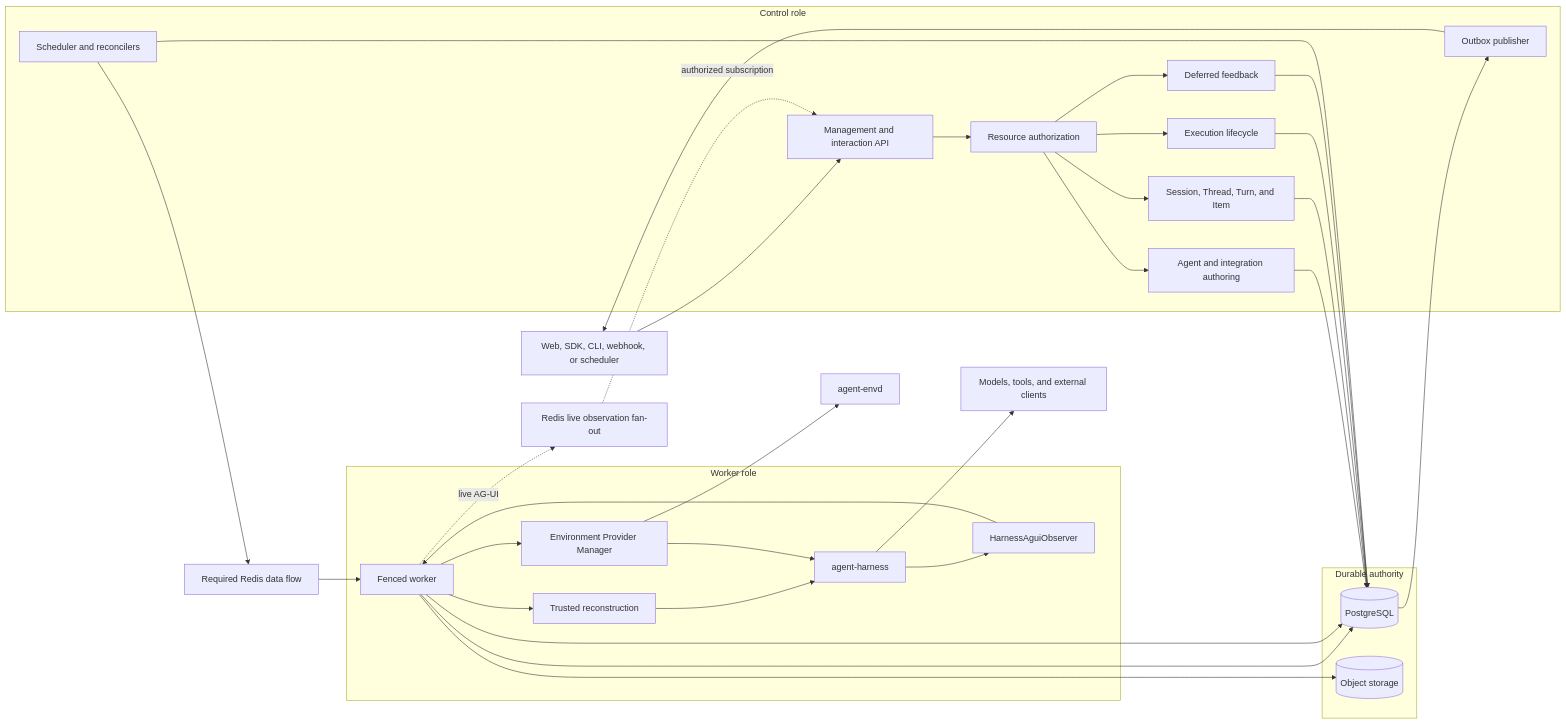
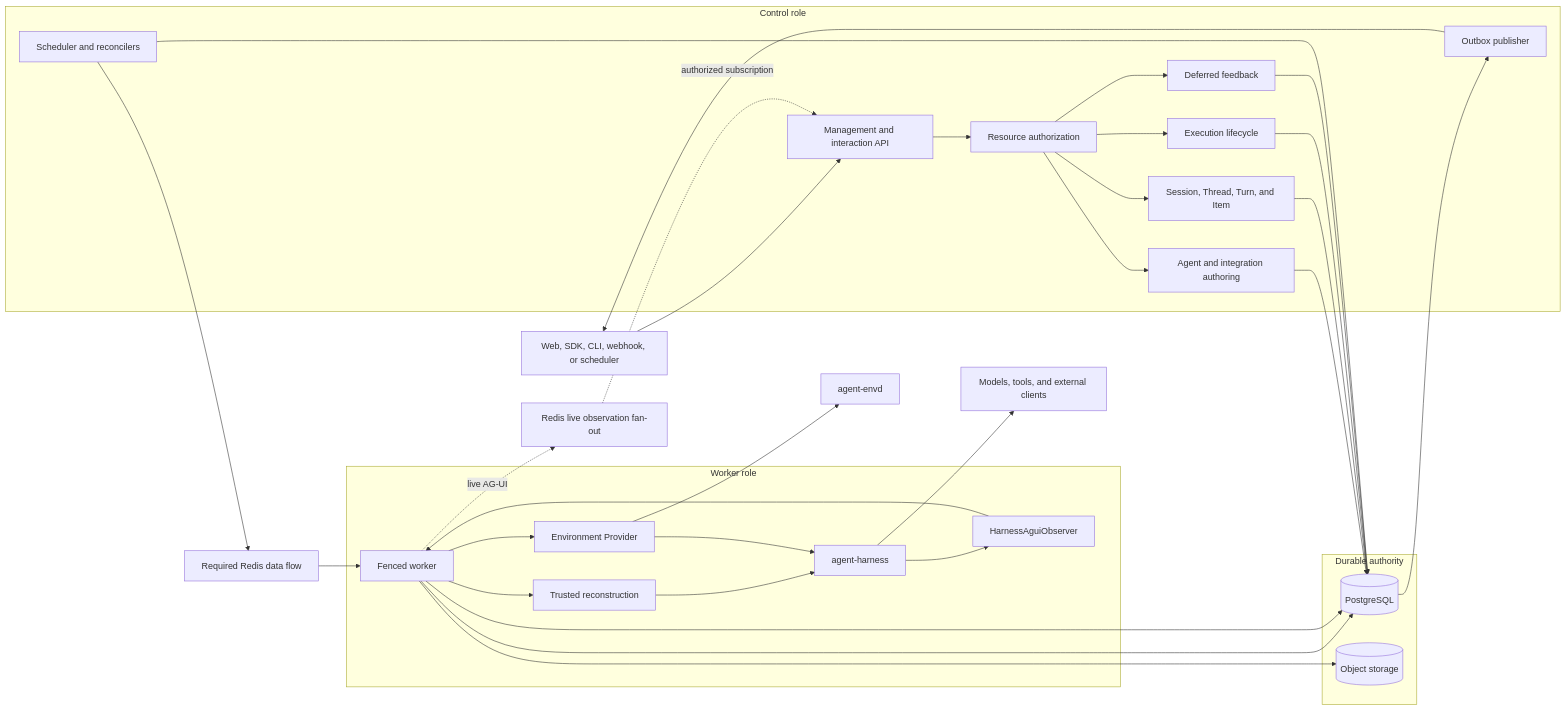
The first of 3 diagrams in spec/foundation-service/00-overview.md (LTThreeComma/agent-foundation), drawn with Mermaid before and after one commit. The commit also changed other lines of this file and 125 other files, not shown here.

````diff
--- a/spec/foundation-service/00-overview.md
+++ b/spec/foundation-service/00-overview.md
@@ -13,49 +13,49 @@
 ```mermaid
 flowchart LR
     Client[Web, SDK, CLI, webhook, or scheduler]
 
     subgraph Control[Control role]
         API[Management and interaction API]
         Auth[Resource authorization]
         Authoring[Agent and integration authoring]
         Interaction[Session, Thread, Turn, and Item]
         Lifecycle[Execution lifecycle]
         Scheduler[Scheduler and reconcilers]
         Feedback[Deferred feedback]
         Publisher[Outbox publisher]
     end
 
     subgraph Durable[Durable authority]
         Database[(PostgreSQL)]
         Objects[(Object storage)]
     end
 
     Coordination[Required Redis data flow]
     LiveBus[Redis live observation fan-out]
 
     subgraph WorkerRole[Worker role]
         Worker[Fenced worker]
         Reconstruct[Trusted reconstruction]
-        Provider[Environment Provider Manager]
+        Provider[Environment Provider]
         Observer[HarnessAguiObserver]
         Harness[agent-harness]
     end
 
     Envd[agent-envd]
     External[Models, tools, and external clients]
 
     Client --> API --> Auth
     Auth --> Authoring & Interaction & Lifecycle & Feedback
     Authoring & Interaction & Lifecycle & Feedback --> Database
     Scheduler --> Database
     Scheduler --> Coordination --> Worker
     Worker --> Database
     Worker --> Reconstruct --> Harness
     Worker --> Provider --> Harness
     Provider --> Envd
     Harness --> External
     Harness --> Observer --> Worker
     Worker -. live AG-UI .-> LiveBus -. authorized subscription .-> API
     Worker --> Database & Objects
     Database --> Publisher --> Client
 ```
````
